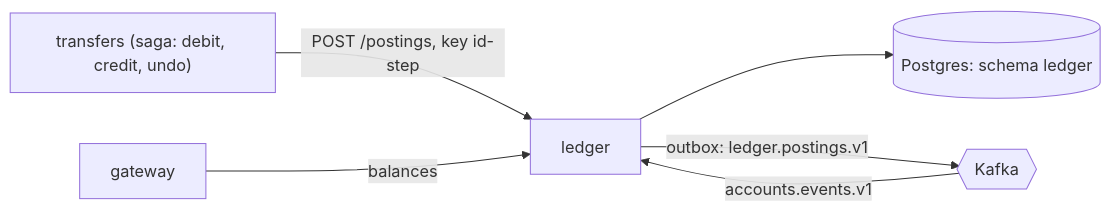
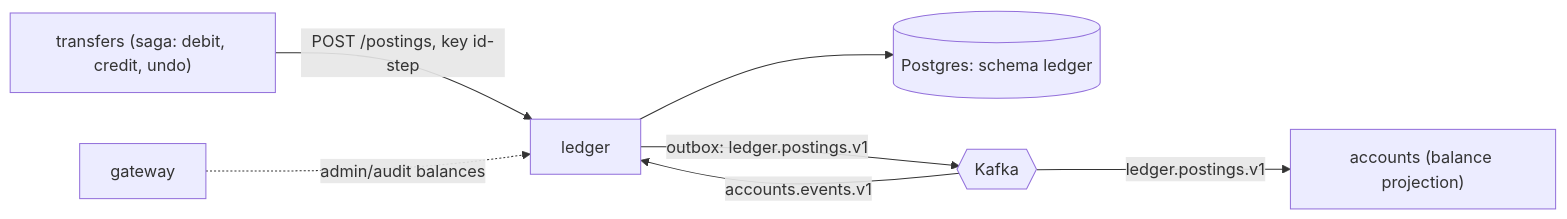
One commit to GodwinJacobR/mock-bank changed the diagram in docs/ledger/README.md. Above: the diagram before and after it, drawn with Mermaid. The commit also changed other lines of this file and 18 other files, not shown here.

Commit message:
Spec and document accounts balance projection fed by ledger events

````diff
--- a/docs/ledger/README.md
+++ b/docs/ledger/README.md
@@ -22,8 +22,9 @@
 ```mermaid
 flowchart LR
   TRF["transfers (saga: debit, credit, undo)"] -- "POST /postings, key id-step" --> LED[ledger]
-  GW[gateway] -- "balances" --> LED
+  GW[gateway] -. "admin/audit balances" .-> LED
   LED --> PG[("Postgres: schema ledger")]
   K{{Kafka}} -- accounts.events.v1 --> LED
   LED -- "outbox: ledger.postings.v1" --> K
+  K -- "ledger.postings.v1" --> ACC["accounts (balance projection)"]
 ```
````
